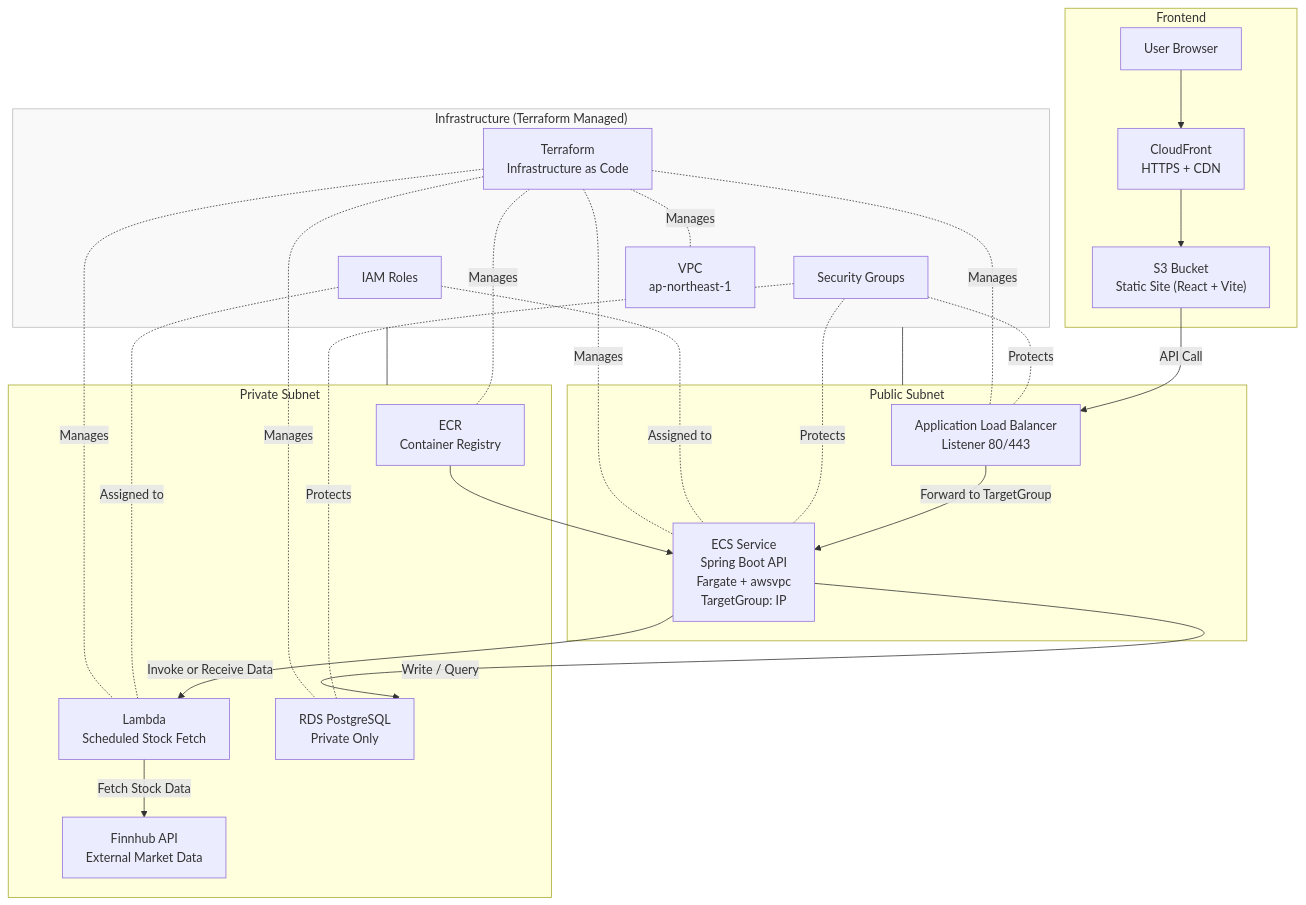
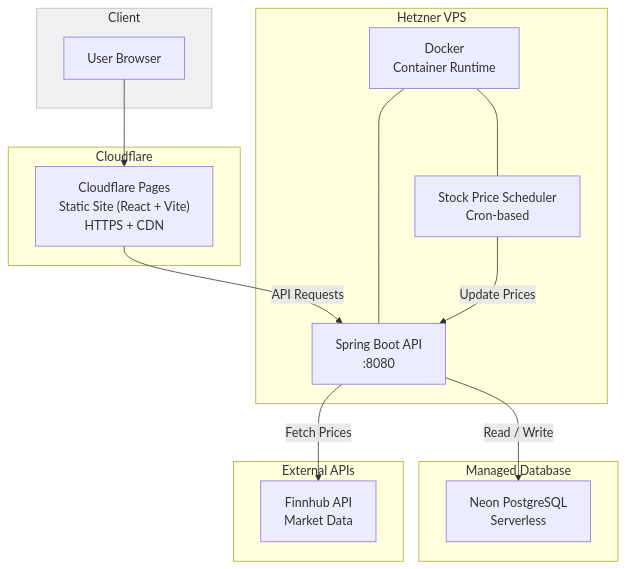
One commit to nvmcer/stock-system changed the first of 2 diagrams in README.md. Above: the diagram before and after it, drawn with Mermaid. The commit also changed other lines of this file and 13 other files, not shown here.

````diff
--- a/README.md
+++ b/README.md
@@ -20,41 +18,29 @@
 ```mermaid
 flowchart TB
- subgraph Frontend["Frontend"]
+ subgraph Client["Client"]
         Browser["User Browser"]
-        CF["CloudFront<br>HTTPS + CDN"]
-        S3["S3 Bucket<br>Static Site (React + Vite)"]
   end
- subgraph PublicSubnet["Public Subnet"]
-        ALB["Application Load Balancer<br>Listener 80/443"]
-        ECS["ECS Service<br>Spring Boot API<br>Fargate + awsvpc<br>TargetGroup: IP"]
+ subgraph CDN["Cloudflare"]
+        CF["Cloudflare Pages<br>Static Site (React + Vite)<br>HTTPS + CDN"]
   end
- subgraph PrivateSubnet["Private Subnet"]
-        ECR["ECR<br>Container Registry"]
-        Lambda["Lambda<br>Scheduled Stock Fetch"]
-        RDS["RDS PostgreSQL<br>Private Only"]
-        Finnhub["Finnhub API<br>External Market Data"]
+ subgraph VPS["Hetzner VPS"]
+        Docker["Docker<br>Container Runtime"]
+        API["Spring Boot API<br>:8080"]
+        Scheduler["Stock Price Scheduler<br>Cron-based"]
   end
- subgraph Infrastructure["Infrastructure (Terraform Managed)"]
-        VPC["VPC<br>ap-northeast-1"]
-        SG["Security Groups"]
-        IAM["IAM Roles"]
-        TF["Terraform<br>Infrastructure as Code"]
+ subgraph DB["Managed Database"]
+        Neon["Neon PostgreSQL<br>Serverless"]
+  end
+ subgraph External["External APIs"]
+        Finnhub["Finnhub API<br>Market Data"]
   end
     Browser --> CF
-    CF --> S3
-    S3 -- API Call --> ALB
-    ALB -- Forward to TargetGroup --> ECS
-    ECS L_ECS_RDS_0@-- Write / Query --> RDS
-    ECS -- Invoke or Receive Data --> Lambda
-    Lambda -- Fetch Stock Data --> Finnhub
-    ECR --> ECS
-    Infrastructure --- PublicSubnet & PrivateSubnet
-    SG -. Protects .- ALB & ECS & RDS
-    IAM -. Assigned to .- ECS & Lambda
-    TF -. Manages .- VPC & ECS & ALB & Lambda & RDS & ECR
+    CF -- API Requests --> API
+    Docker --- API & Scheduler
+    API -- Read / Write --> Neon
+    API -- Fetch Prices --> Finnhub
+    Scheduler -- Update Prices --> API
 
-     Infrastructure:::infra
-    classDef infra fill:#F9F9F9,stroke:#bbb
-
-    L_ECS_RDS_0@{ curve: natural }
+    Client:::client
+    classDef client fill:#f0f0f0,stroke:#bbb
 ```
````
